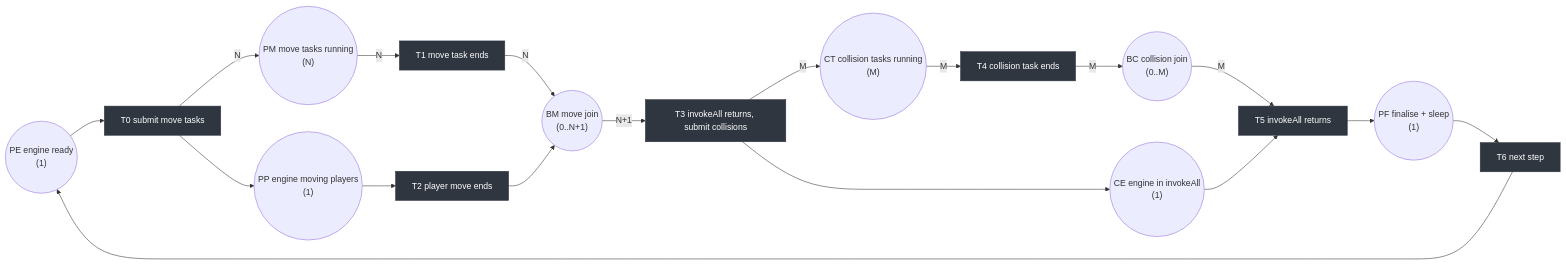
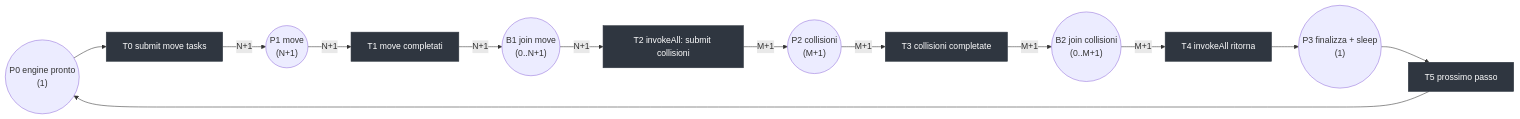
One commit to NicolaGraziotin/pcd-2025-2026 changed the third of 3 diagrams in assignments/assignment-01/doc/report.md. Above: the diagram before and after it, drawn with Mermaid. The commit also changed other lines of this file and 1 other file, not shown here.

````diff
--- a/assignments/assignment-01/doc/report.md
+++ b/assignments/assignment-01/doc/report.md
@@ -527,39 +499,31 @@
 ```mermaid
 flowchart LR
     classDef trans fill:#2f3640,stroke:#2f3640,color:#fff;
 
-    PE(("PE engine ready<br/>(1)"))
-    PM(("PM move tasks running<br/>(N)"))
-    PP(("PP engine moving players<br/>(1)"))
-    BM(("BM move join<br/>(0..N+1)"))
-    CT(("CT collision tasks running<br/>(M)"))
-    CE(("CE engine in invokeAll<br/>(1)"))
-    BC(("BC collision join<br/>(0..M)"))
-    PF(("PF finalise + sleep<br/>(1)"))
+    P0(("P0 engine pronto<br/>(1)"))
+    P1(("P1 move<br/>(N+1)"))
+    B1(("B1 join move<br/>(0..N+1)"))
+    P2(("P2 collisioni<br/>(M+1)"))
+    B2(("B2 join collisioni<br/>(0..M+1)"))
+    P3(("P3 finalizza + sleep<br/>(1)"))
 
     T0["T0 submit move tasks"]:::trans
-    T1["T1 move task ends"]:::trans
-    T2["T2 player move ends"]:::trans
-    T3["T3 invokeAll returns, submit collisions"]:::trans
-    T4["T4 collision task ends"]:::trans
-    T5["T5 invokeAll returns"]:::trans
-    T6["T6 next step"]:::trans
+    T1["T1 move completati"]:::trans
+    T2["T2 invokeAll: submit collisioni"]:::trans
+    T3["T3 collisioni completate"]:::trans
+    T4["T4 invokeAll ritorna"]:::trans
+    T5["T5 prossimo passo"]:::trans
 
-    PE --> T0
-    T0 -->|N| PM
-    T0 --> PP
-    PM -->|N| T1
-    T1 -->|N| BM
-    PP --> T2
-    T2 --> BM
-    BM -->|N+1| T3
-    T3 -->|M| CT
-    T3 --> CE
-    CT -->|M| T4
-    T4 -->|M| BC
-    BC -->|M| T5
-    CE --> T5
-    T5 --> PF
-    PF --> T6
-    T6 --> PE
+    P0 --> T0
+    T0 -->|N+1| P1
+    P1 -->|N+1| T1
+    T1 -->|N+1| B1
+    B1 -->|N+1| T2
+    T2 -->|M+1| P2
+    P2 -->|M+1| T3
+    T3 -->|M+1| B2
+    B2 -->|M+1| T4
+    T4 --> P3
+    P3 --> T5
+    T5 --> P0
 ```
````
